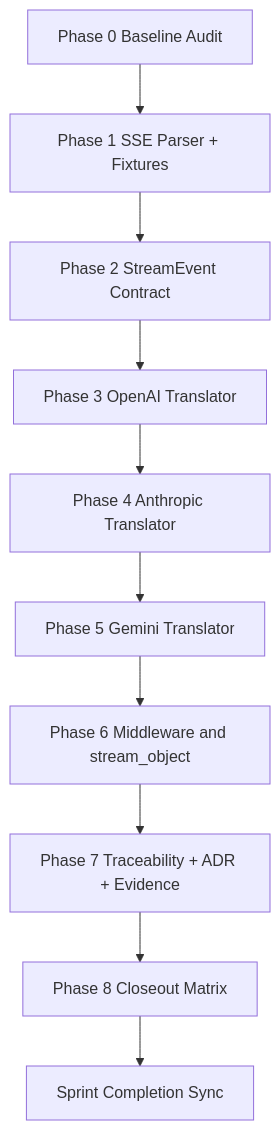
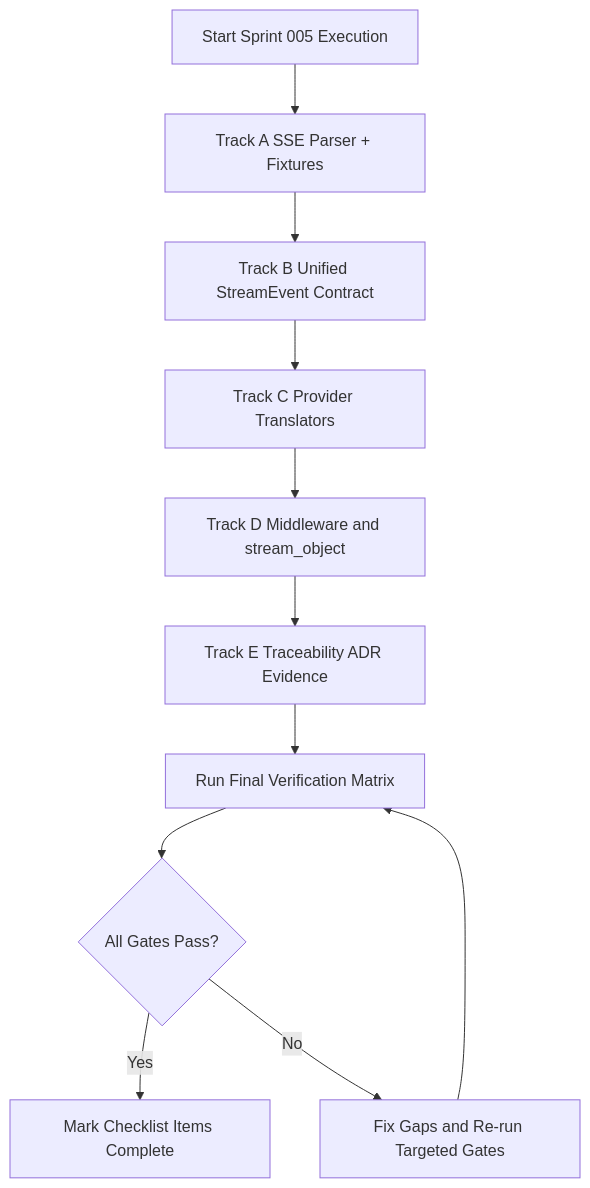
One commit to jaytaylor/attractor-tcl changed the third of 5 diagrams in docs/sprints/SPRINT-005-comprehensive-implementation-plan.md. Above: the diagram before and after it, drawn with Mermaid. The commit also changed other lines of this file, not shown here.

Commit message:
docs(sprint-005): sync comprehensive plan to verified complete state

````diff
--- a/docs/sprints/SPRINT-005-comprehensive-implementation-plan.md
+++ b/docs/sprints/SPRINT-005-comprehensive-implementation-plan.md
@@ -653,12 +1074,13 @@
 ```mermaid
 flowchart TD
-  A[Phase 0 Baseline Audit] --> B[Phase 1 SSE Parser + Fixtures]
-  B --> C[Phase 2 StreamEvent Contract]
-  C --> D[Phase 3 OpenAI Translator]
-  D --> E[Phase 4 Anthropic Translator]
-  E --> F[Phase 5 Gemini Translator]
-  F --> G[Phase 6 Middleware and stream_object]
-  G --> H[Phase 7 Traceability + ADR + Evidence]
-  H --> I[Phase 8 Closeout Matrix]
-  I --> J[Sprint Completion Sync]
+  A[Start Sprint 005 Execution] --> B[Track A SSE Parser + Fixtures]
+  B --> C[Track B Unified StreamEvent Contract]
+  C --> D[Track C Provider Translators]
+  D --> E[Track D Middleware and stream_object]
+  E --> F[Track E Traceability ADR Evidence]
+  F --> G[Run Final Verification Matrix]
+  G --> H{All Gates Pass?}
+  H -- Yes --> I[Mark Checklist Items Complete]
+  H -- No --> J[Fix Gaps and Re-run Targeted Gates]
+  J --> G
 ```
````
